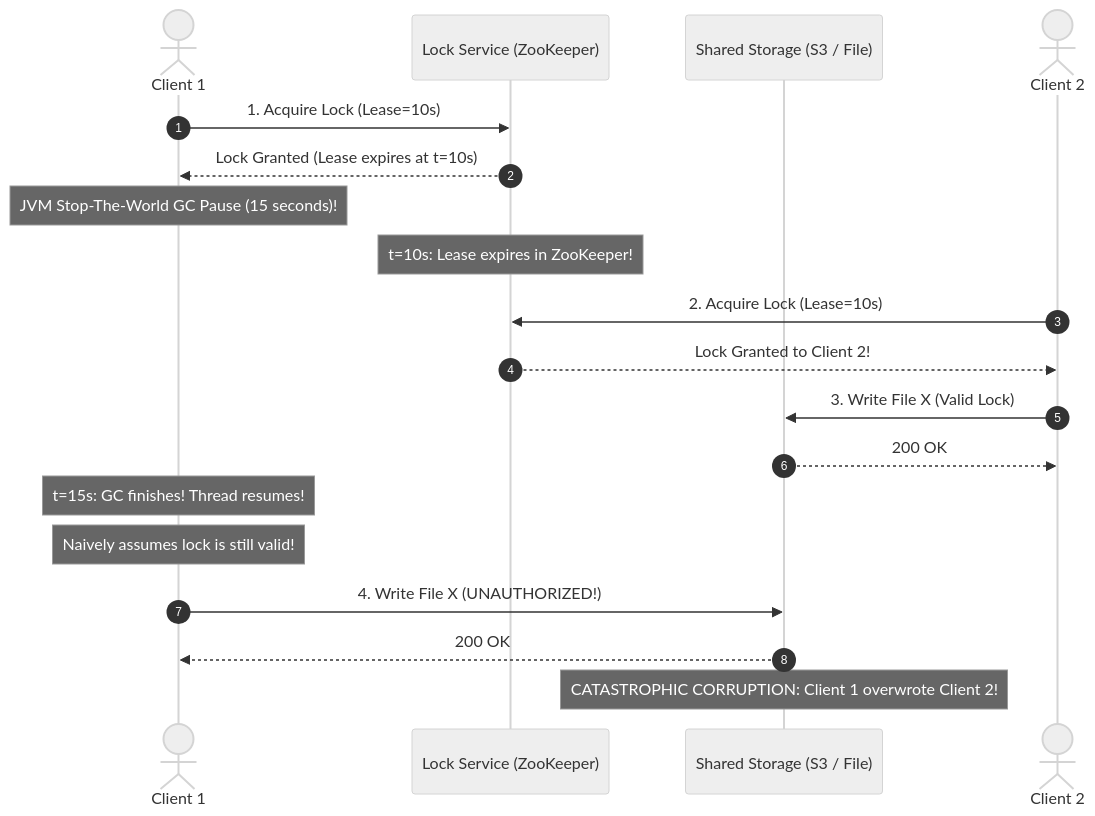
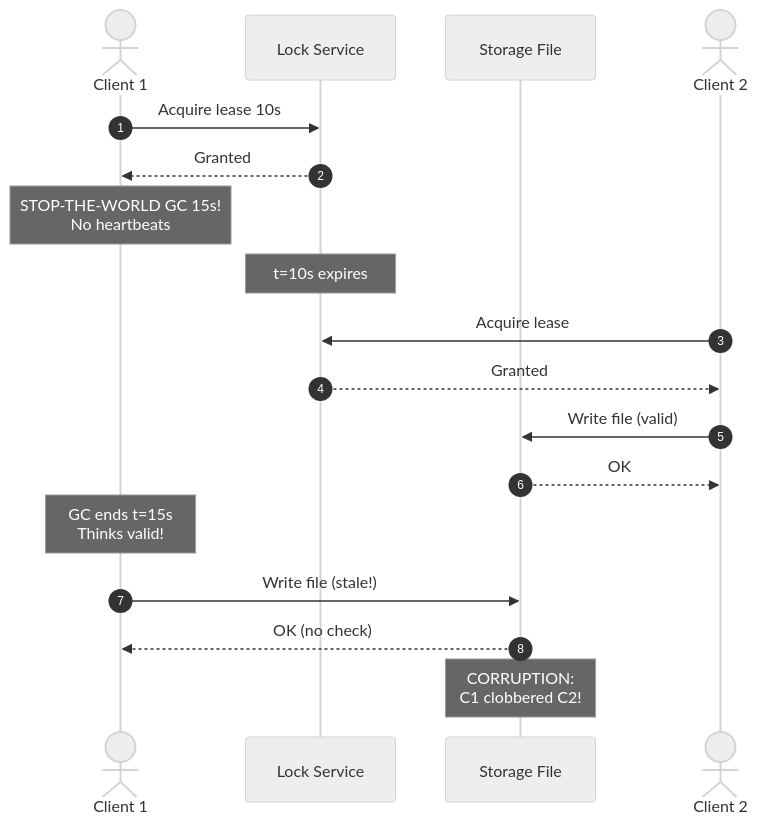
Before and after one commit to 1mimhe/books-summery: the fourth of 7 diagrams in 01 Designing Data-Intensive Applications/chapter-09-the-trouble-with-distributed-systems.md, drawn with Mermaid (neutral theme). The commit also changed other lines of this file and 2 other files, not shown here.

Commit message:
docs(book01): forensic rewrite ch08-10 (14 txn figs+XSSI, fig 9-5/Byzantine, IDs/UUID consensus)

````diff
--- a/01 Designing Data-Intensive Applications/chapter-09-the-trouble-with-distributed-systems.md
+++ b/01 Designing Data-Intensive Applications/chapter-09-the-trouble-with-distributed-systems.md
@@ -299,26 +321,20 @@
 ```mermaid
 sequenceDiagram
   autonumber
   actor C1 as Client 1
-  participant ZK as Lock Service (ZooKeeper)
-  participant Storage as Shared Storage (S3 / File)
+  participant ZK as Lock Service
+  participant ST as Storage File
   actor C2 as Client 2
-
-  C1->>ZK: 1. Acquire Lock (Lease=10s)
-  ZK-->>C1: Lock Granted (Lease expires at t=10s)
-  
-  Note over C1: JVM Stop-The-World GC Pause (15 seconds)!
-  Note over ZK: t=10s: Lease expires in ZooKeeper!
-
-  C2->>ZK: 2. Acquire Lock (Lease=10s)
-  ZK-->>C2: Lock Granted to Client 2!
-  C2->>Storage: 3. Write File X (Valid Lock)
-  Storage-->>C2: 200 OK
-
-  Note over C1: t=15s: GC finishes! Thread resumes!
-  Note over C1: Naively assumes lock is still valid!
-  C1->>Storage: 4. Write File X (UNAUTHORIZED!)
-  Storage-->>C1: 200 OK
-
-  Note over Storage: CATASTROPHIC CORRUPTION: Client 1 overwrote Client 2!
+  C1->>ZK: Acquire lease 10s
+  ZK-->>C1: Granted
+  Note over C1: STOP-THE-WORLD GC 15s!<br/>No heartbeats
+  Note over ZK: t=10s expires
+  C2->>ZK: Acquire lease
+  ZK-->>C2: Granted
+  C2->>ST: Write file (valid)
+  ST-->>C2: OK
+  Note over C1: GC ends t=15s<br/>Thinks valid!
+  C1->>ST: Write file (stale!)
+  ST-->>C1: OK (no check)
+  Note over ST: CORRUPTION:<br/>C1 clobbered C2!
 ```
````
